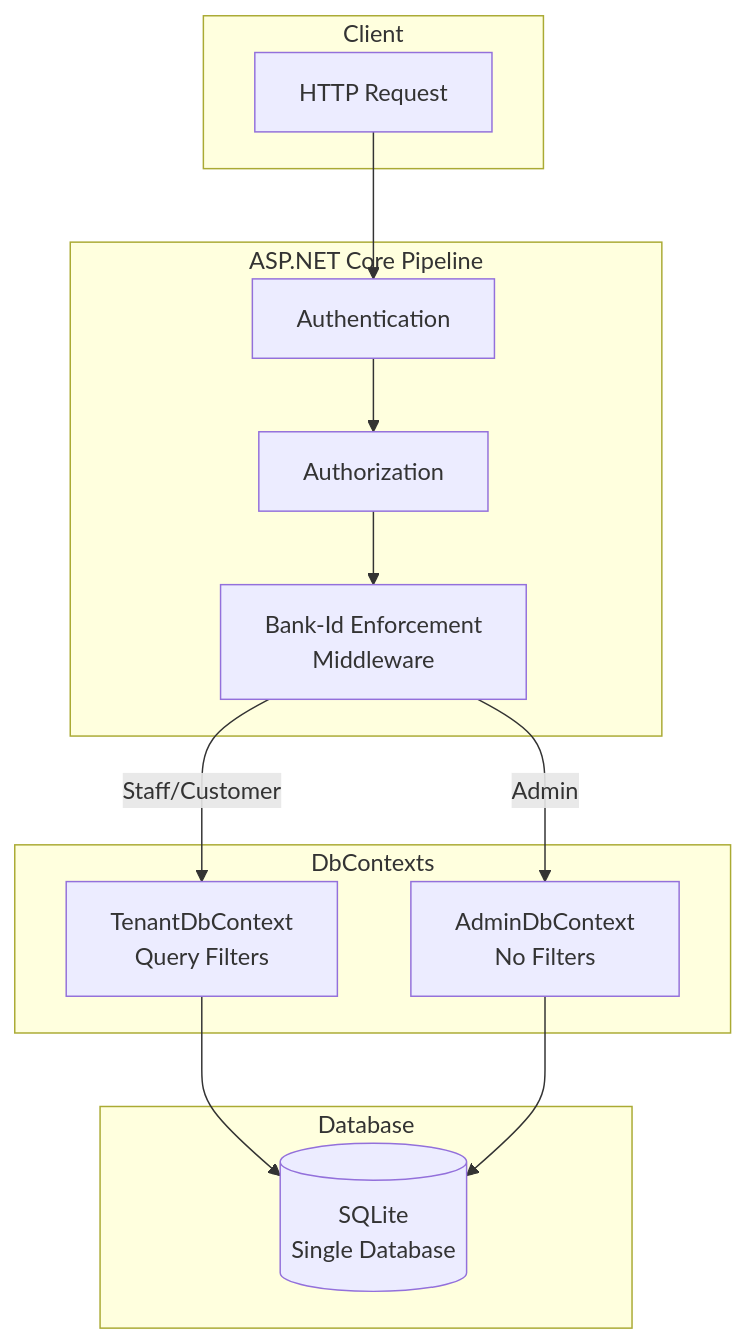
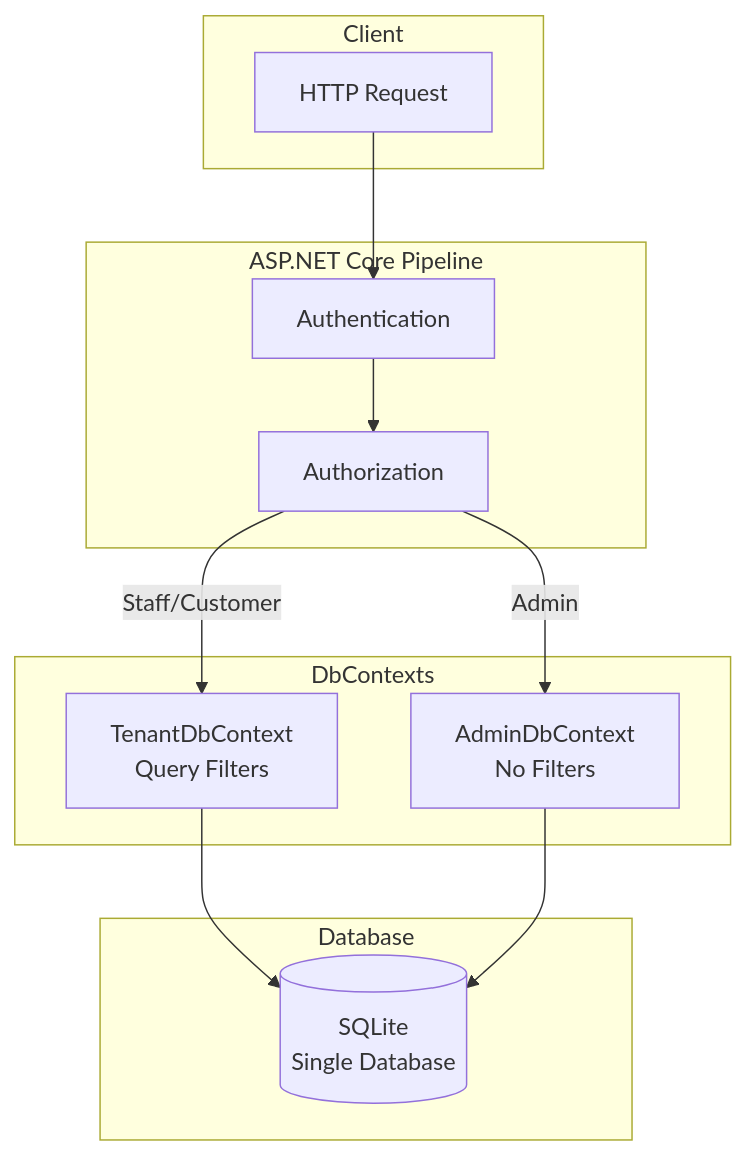
Before and after one commit to SjoenH/efcore-multitenant-dual-dbcontext-demo: the first of 6 diagrams in README.md, drawn with Mermaid. The commit also changed other lines of this file and 2 other files, not shown here.

First line of the commit message:
refactor: resolve bank from JWT claim, remove X-Bank-Id header

````diff
--- a/README.md
+++ b/README.md
@@ -7,25 +7,24 @@
 ```mermaid
 flowchart TB
     subgraph Client
         R[HTTP Request]
     end
 
     subgraph "ASP.NET Core Pipeline"
         AUTH[Authentication]
         AUTHZ[Authorization]
-        MW[Bank-Id Enforcement<br/>Middleware]
     end
 
     subgraph "DbContexts"
         TDB[TenantDbContext<br/>Query Filters]
         ADB[AdminDbContext<br/>No Filters]
     end
 
     subgraph Database
         DB[(SQLite<br/>Single Database)]
     end
 
-    R --> AUTH --> AUTHZ --> MW
-    MW -->|Staff/Customer| TDB --> DB
-    MW -->|Admin| ADB --> DB
+    R --> AUTH --> AUTHZ
+    AUTHZ -->|Staff/Customer| TDB --> DB
+    AUTHZ -->|Admin| ADB --> DB
 ```
````
